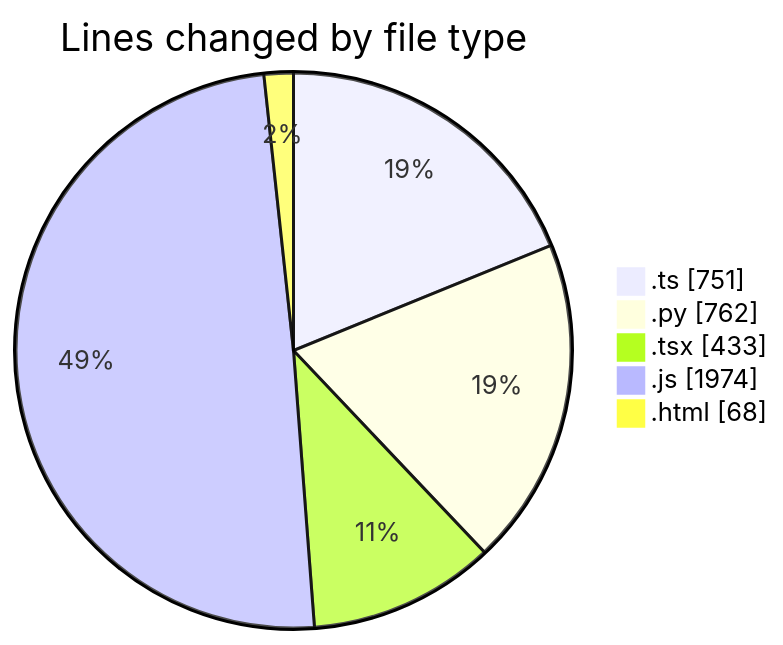
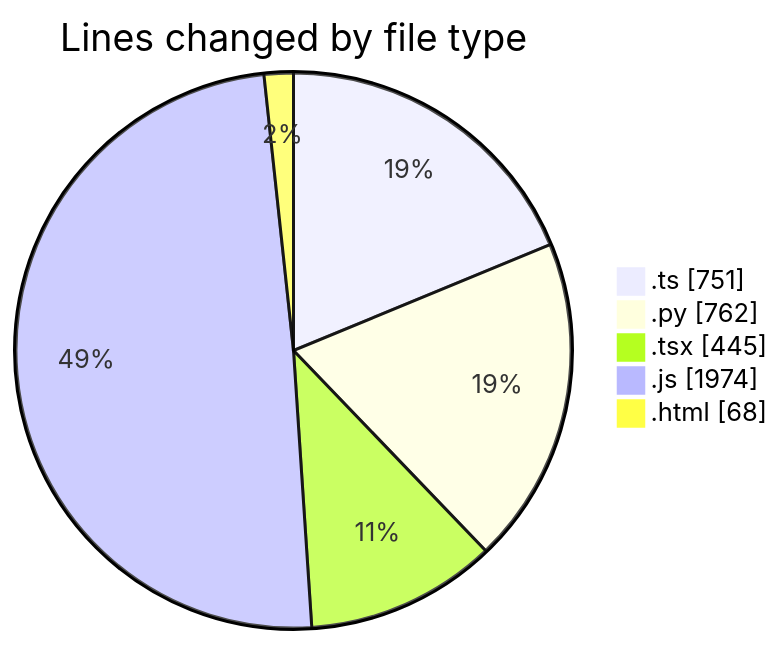
One commit to Elitesun/code-tracking changed the first of 2 diagrams in 2025-05-19/niten/README.md. Above: the diagram before and after it, drawn with Mermaid. The commit also changed other lines of this file and 1 other file, not shown here.

````diff
--- a/2025-05-19/niten/README.md
+++ b/2025-05-19/niten/README.md
@@ -38,9 +38,9 @@
 ```mermaid
 pie showData
 title Lines changed by file type
 ".ts" : 751
 ".py" : 762
-".tsx" : 433
+".tsx" : 445
 ".js" : 1974
 ".html" : 68
 ```
````
